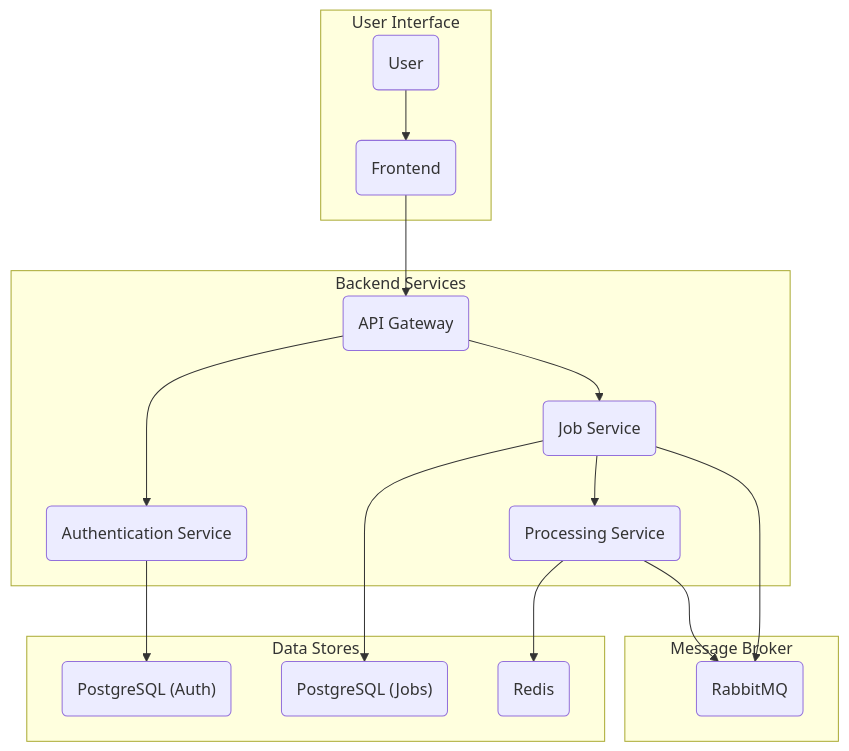
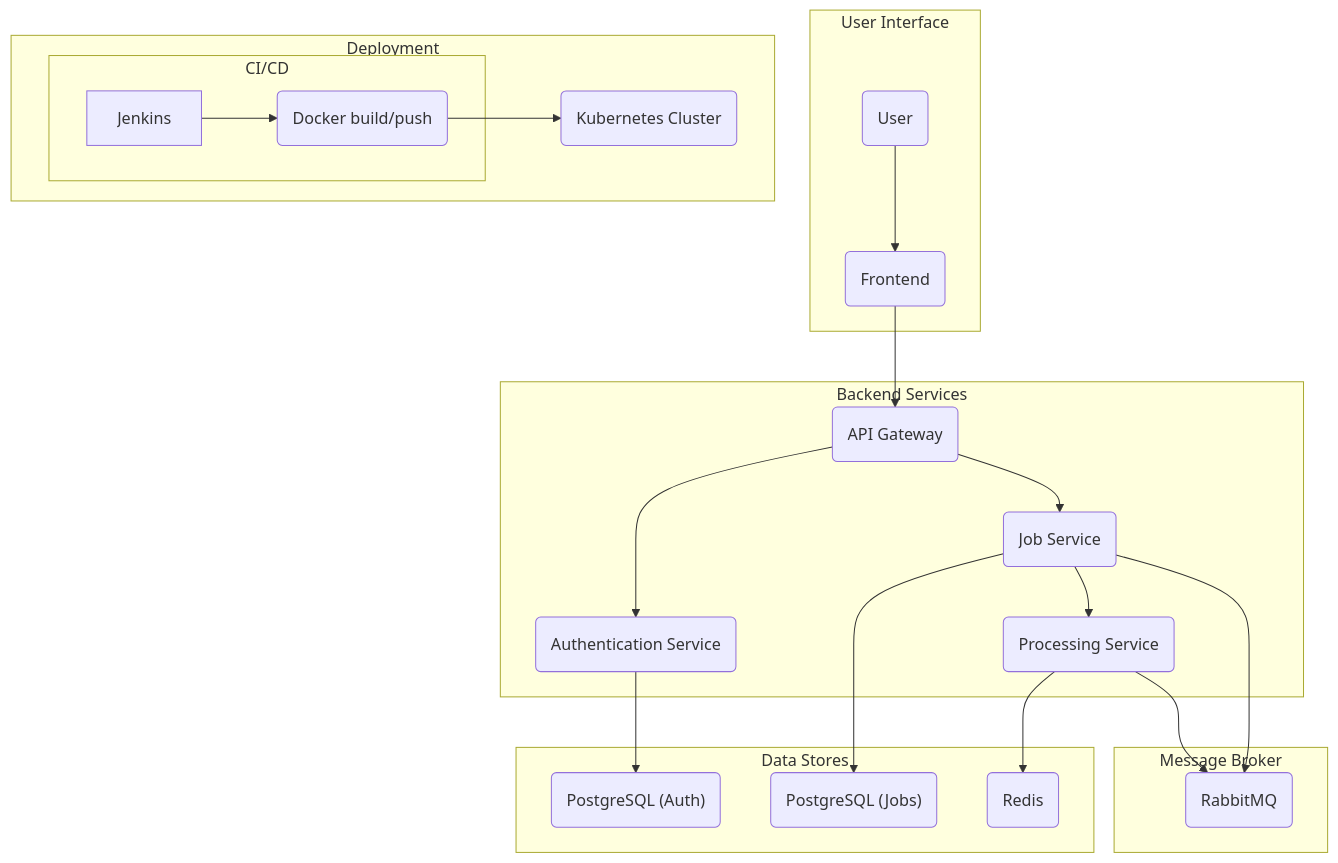
Before and after one commit to toxicoder/glimmer-grabber: the diagram in README.md, drawn with Mermaid.

Commit message:
Fix: Correct Mermaid syntax in README.md Output:

````diff
--- a/README.md
+++ b/README.md
@@ -17,24 +17,31 @@
 ```mermaid
 graph TD
     subgraph "User Interface"
         User("User") --> Frontend("Frontend");
     end
 
     subgraph "Backend Services"
         Frontend --> API_Gateway("API Gateway");
         API_Gateway --> Auth_Service("Authentication Service");
         API_Gateway --> Job_Service("Job Service");
         Job_Service --> Processing_Service("Processing Service");
     end
 
     subgraph "Data Stores"
         Auth_Service --> Postgres_Auth("PostgreSQL (Auth)");
         Job_Service --> Postgres_Jobs("PostgreSQL (Jobs)");
         Processing_Service --> Redis("Redis");
     end
 
     subgraph "Message Broker"
         Job_Service --> RabbitMQ("RabbitMQ");
         Processing_Service --> RabbitMQ;
     end
+
+    subgraph "Deployment"
+        subgraph "CI/CD"
+            Jenkins --> Docker("Docker build/push");
+        end
+        Docker --> Kubernetes("Kubernetes Cluster");
+    end
 ```
````
